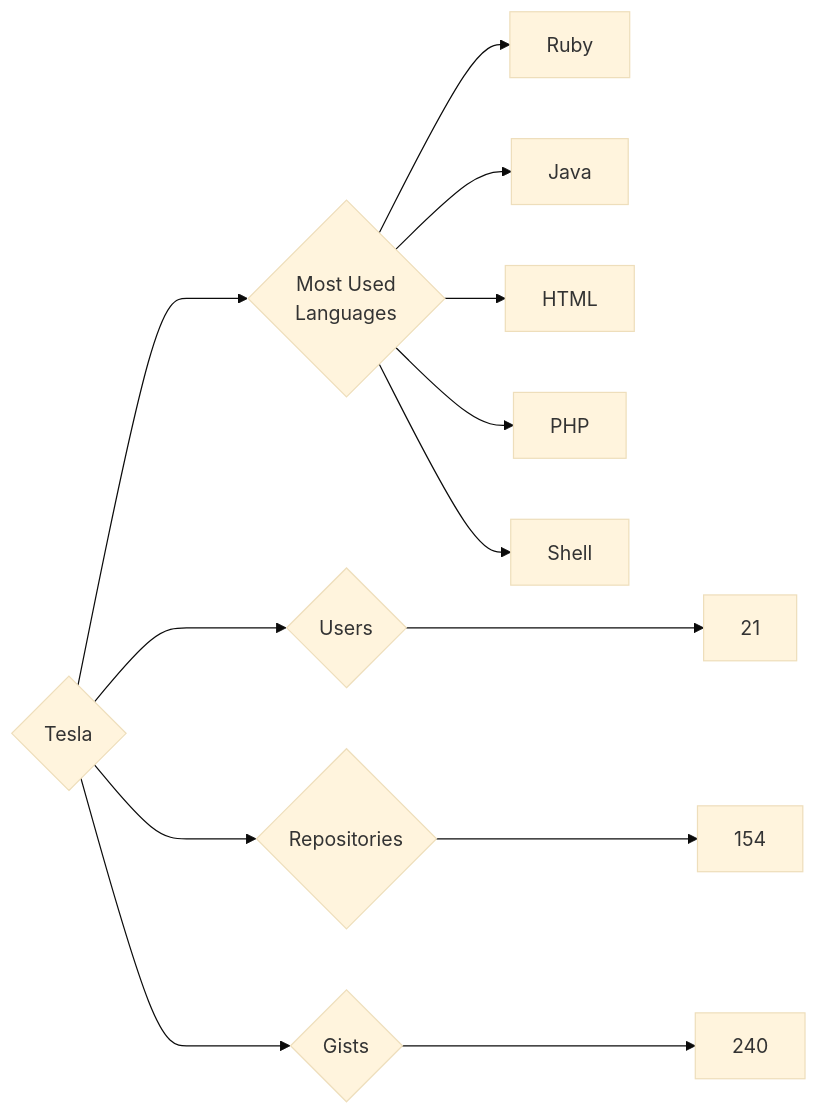
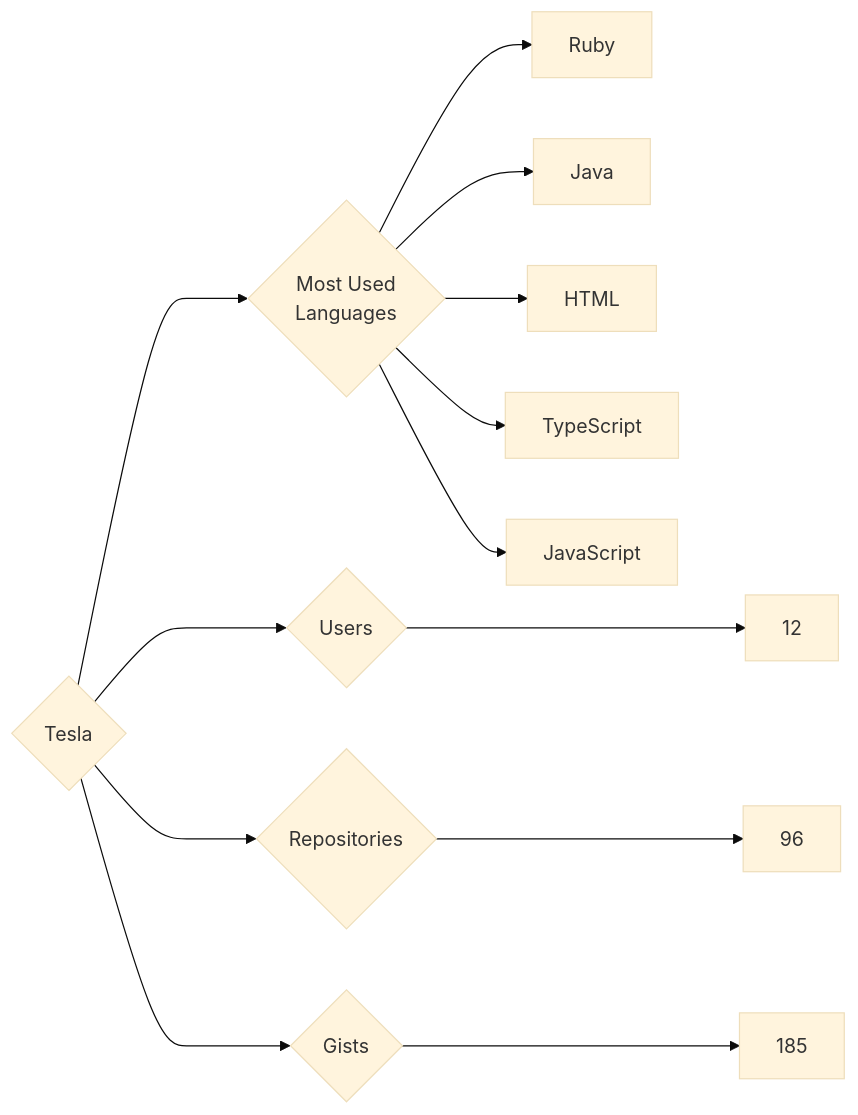
Before and after one commit to trickest/insiders: the diagram in targets/Tesla/README.md, drawn with Mermaid (base theme). The commit also changed 1508 other files, not shown here.

````diff
--- a/targets/Tesla/README.md
+++ b/targets/Tesla/README.md
@@ -3,13 +3,13 @@
 ```mermaid
 graph LR
 COMPANY_NAME{Tesla}
-COMPANY_NAME ---> U{Users} ---> UN[21]
-COMPANY_NAME ---> R{Repositories} ---> RN[154]
-COMPANY_NAME ---> G{Gists} ---> GN[240]
+COMPANY_NAME ---> U{Users} ---> UN[12]
+COMPANY_NAME ---> R{Repositories} ---> RN[96]
+COMPANY_NAME ---> G{Gists} ---> GN[185]
 COMPANY_NAME ---> ML{Most Used<br>Languages}
 ML --> Ruby[Ruby]
 ML --> Java[Java]
 ML --> HTML[HTML]
-ML --> PHP[PHP]
-ML --> Shell[Shell]
+ML --> TypeScript[TypeScript]
+ML --> JavaScript[JavaScript]
 ```
````
